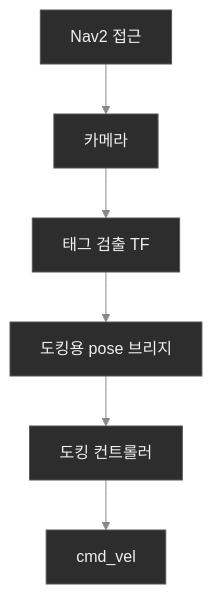
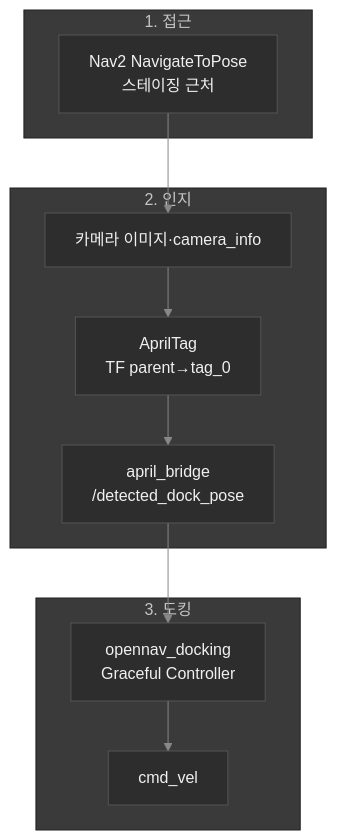
Before and after one commit to DDUGGOGI/DDUGGOGI: the sixth of 10 diagrams in 05_AMR_RDS.md, drawn with Mermaid. The commit also changed other lines of this file and 1 other file, not shown here.

````diff
--- a/05_AMR_RDS.md
+++ b/05_AMR_RDS.md
@@ -113,9 +226,21 @@
 ```mermaid
 %%{init: {'theme':'base', 'themeVariables': { 'primaryColor':'#2d2d2d', 'primaryTextColor':'#f0f0f0', 'primaryBorderColor':'#555', 'lineColor':'#888' }}}%%
 flowchart TB
-    N2[Nav2 접근] --> IMG[카메라]
-    IMG --> TAG[태그 검출 TF]
-    TAG --> BR[도킹용 pose 브리지]
-    BR --> DS[도킹 컨트롤러]
-    DS --> CV[cmd_vel]
+    subgraph Nav["1. 접근"]
+        N2[Nav2 NavigateToPose\n스테이징 근처]
+    end
+    subgraph Sense["2. 인지"]
+        IMG[카메라 이미지·camera_info]
+        AT[AprilTag\nTF parent→tag_0]
+        BR[april_bridge\n/detected_dock_pose]
+    end
+    subgraph Dock["3. 도킹"]
+        DS[opennav_docking\nGraceful Controller]
+        CV[cmd_vel]
+    end
+    N2 --> IMG
+    IMG --> AT
+    AT --> BR
+    BR --> DS
+    DS --> CV
 ```
````
